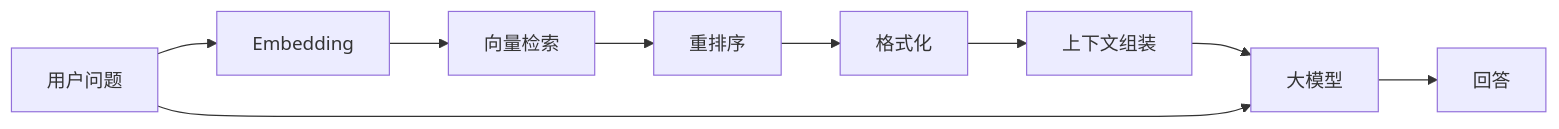
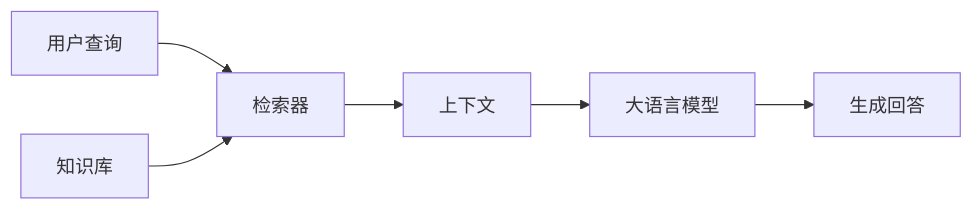
Before and after one commit to Xunzhuo/mini-sglang: the second of 2 diagrams in learning/website/docs/basics/25-context-engineering.md, drawn with Mermaid. The commit also changed other lines of this file and 23 other files, not shown here.

````diff
--- a/learning/website/docs/basics/25-context-engineering.md
+++ b/learning/website/docs/basics/25-context-engineering.md
@@ -236,12 +188,8 @@
 ```mermaid
 graph LR
-    Q[用户问题] --> E[Embedding]
-    E --> S[向量检索]
-    S --> R[重排序]
-    R --> F[格式化]
-    F --> C[上下文组装]
-    
-    C --> LLM[大模型]
-    Q --> LLM
-    LLM --> A[回答]
+    Query[用户查询] --> Retriever[检索器]
+    Knowledge[知识库] --> Retriever
+    Retriever --> Context[上下文]
+    Context --> LLM[大语言模型]
+    LLM --> Response[生成回答]
 ```
````
